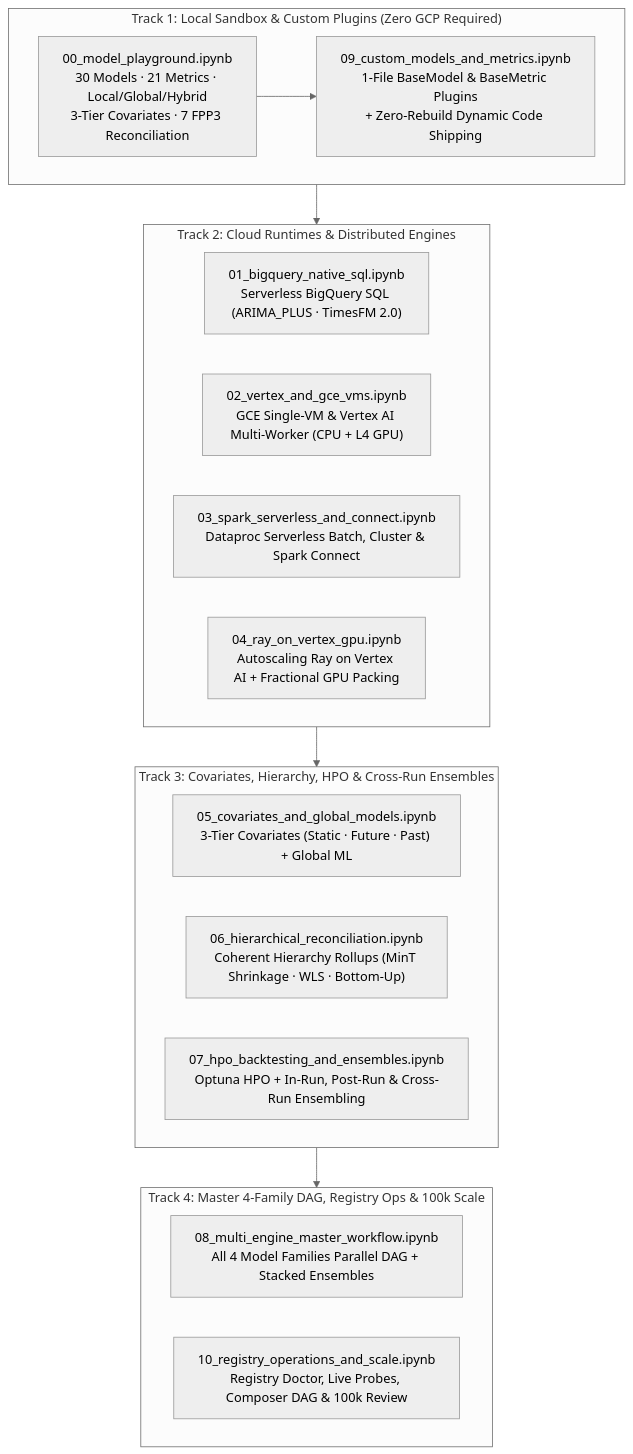
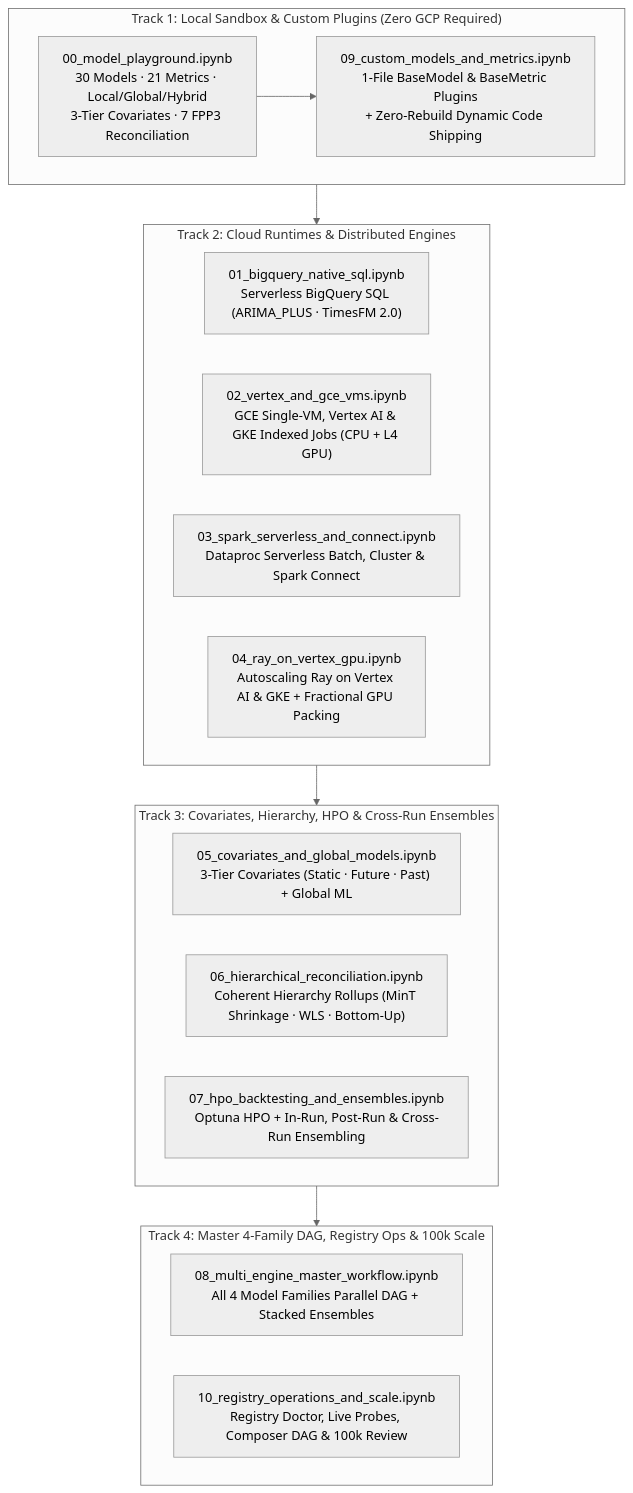
Before and after one commit to statmike/scale-forecasting: the diagram in notebooks/README.md, drawn with Mermaid (neutral theme). The commit also changed other lines of this file and 59 other files, not shown here.

Commit message:
feat(gke): add Google Kubernetes Engine (gke) runtime, Indexed Jobs, Ray-on-GKE, per-pod GPU scale-down, and runtimes reference

````diff
--- a/notebooks/README.md
+++ b/notebooks/README.md
@@ -8,28 +8,28 @@
 ```mermaid
 flowchart TD
     subgraph Track1["Track 1: Local Sandbox & Custom Plugins (Zero GCP Required)"]
         NB00["00_model_playground.ipynb<br/>30 Models · 21 Metrics · Local/Global/Hybrid<br/>3-Tier Covariates · 7 FPP3 Reconciliation"]
         NB09["09_custom_models_and_metrics.ipynb<br/>1-File BaseModel & BaseMetric Plugins<br/>+ Zero-Rebuild Dynamic Code Shipping"]
     end
 
     subgraph Track2["Track 2: Cloud Runtimes & Distributed Engines"]
         NB01["01_bigquery_native_sql.ipynb<br/>Serverless BigQuery SQL (ARIMA_PLUS · TimesFM 2.0)"]
-        NB02["02_vertex_and_gce_vms.ipynb<br/>GCE Single-VM & Vertex AI Multi-Worker (CPU + L4 GPU)"]
+        NB02["02_vertex_and_gce_vms.ipynb<br/>GCE Single-VM, Vertex AI & GKE Indexed Jobs (CPU + L4 GPU)"]
         NB03["03_spark_serverless_and_connect.ipynb<br/>Dataproc Serverless Batch, Cluster & Spark Connect"]
-        NB04["04_ray_on_vertex_gpu.ipynb<br/>Autoscaling Ray on Vertex AI + Fractional GPU Packing"]
+        NB04["04_ray_on_vertex_gpu.ipynb<br/>Autoscaling Ray on Vertex AI & GKE + Fractional GPU Packing"]
     end
 
     subgraph Track3["Track 3: Covariates, Hierarchy, HPO & Cross-Run Ensembles"]
         NB05["05_covariates_and_global_models.ipynb<br/>3-Tier Covariates (Static · Future · Past) + Global ML"]
         NB06["06_hierarchical_reconciliation.ipynb<br/>Coherent Hierarchy Rollups (MinT Shrinkage · WLS · Bottom-Up)"]
         NB07["07_hpo_backtesting_and_ensembles.ipynb<br/>Optuna HPO + In-Run, Post-Run & Cross-Run Ensembling"]
     end
 
     subgraph Track4["Track 4: Master 4-Family DAG, Registry Ops & 100k Scale"]
         NB08["08_multi_engine_master_workflow.ipynb<br/>All 4 Model Families Parallel DAG + Stacked Ensembles"]
         NB10["10_registry_operations_and_scale.ipynb<br/>Registry Doctor, Live Probes, Composer DAG & 100k Review"]
     end
 
     NB00 --> NB09
     Track1 --> Track2 --> Track3 --> Track4
 ```
````
